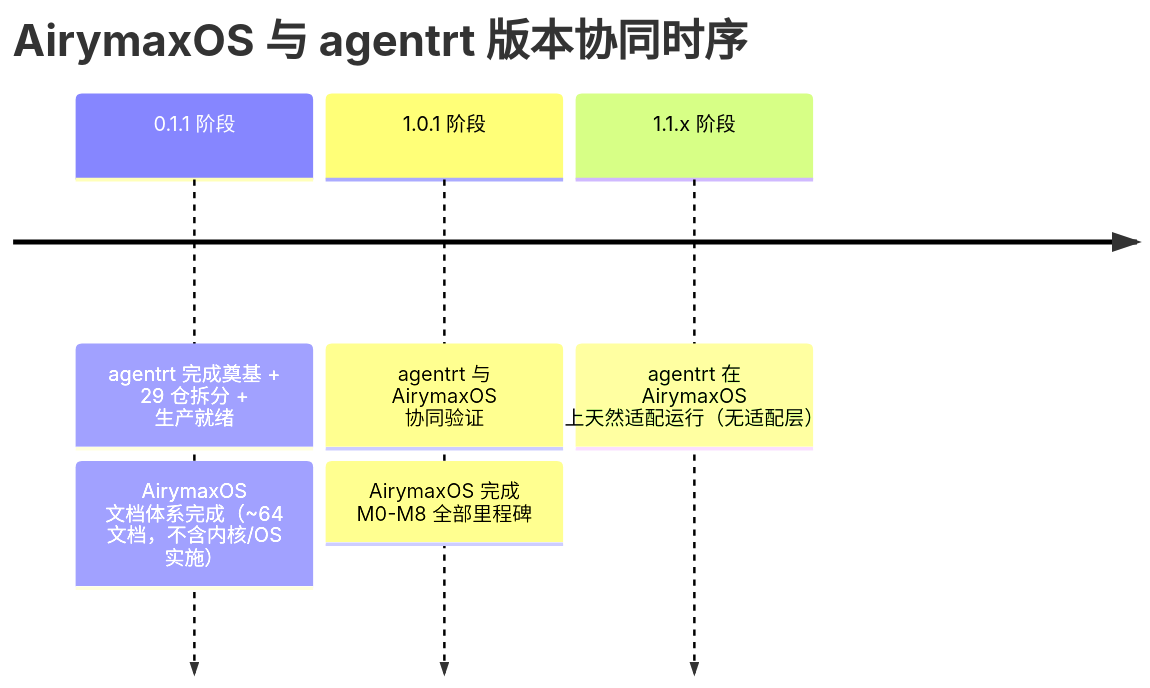
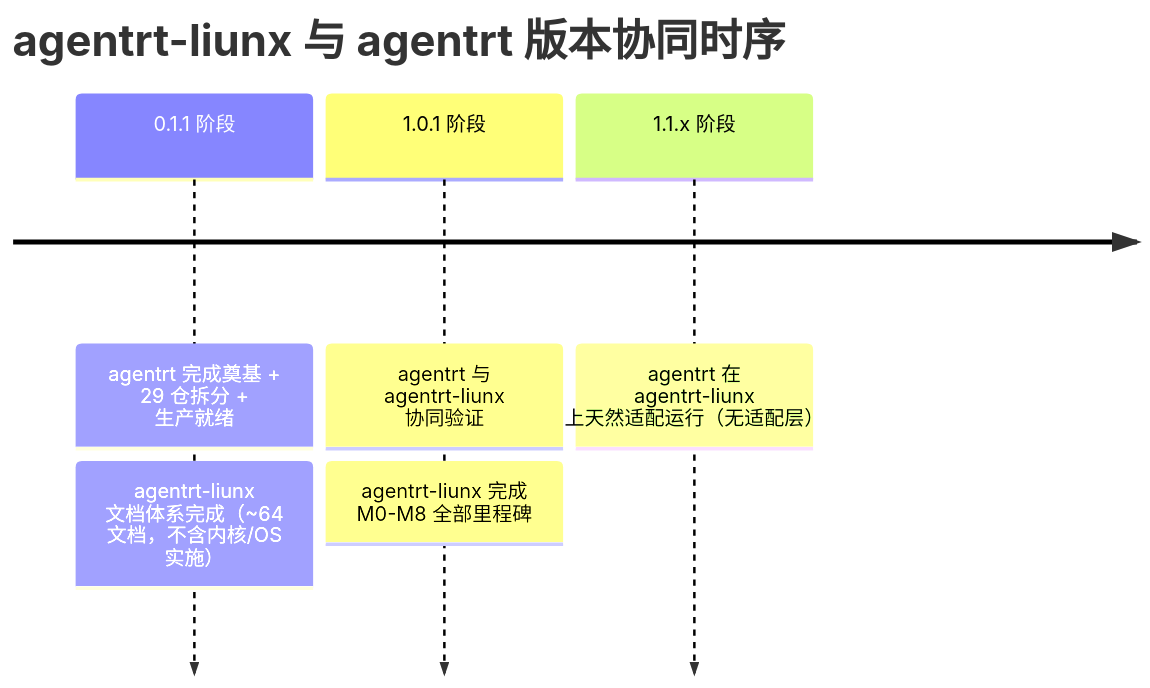
Before and after one commit to openairymax/docs: the second of 2 diagrams in AirymaxAgentOS/130-roadmap/README.md, drawn with Mermaid. The commit also changed other lines of this file and 99 other files, not shown here.

````diff
--- a/AirymaxAgentOS/130-roadmap/README.md
+++ b/AirymaxAgentOS/130-roadmap/README.md
@@ -245,9 +245,9 @@
 ```mermaid
 timeline
-    title AirymaxOS 与 agentrt 版本协同时序
+    title agentrt-liunx 与 agentrt 版本协同时序
     0.1.1 阶段 : agentrt 完成奠基 + 29 仓拆分 + 生产就绪
-              : AirymaxOS 文档体系完成（~64 文档，不含内核/OS 实施）
-    1.0.1 阶段 : agentrt 与 AirymaxOS 协同验证
-              : AirymaxOS 完成 M0-M8 全部里程碑
-    1.1.x 阶段 : agentrt 在 AirymaxOS 上天然适配运行（无适配层）
+              : agentrt-liunx 文档体系完成（~64 文档，不含内核/OS 实施）
+    1.0.1 阶段 : agentrt 与 agentrt-liunx 协同验证
+              : agentrt-liunx 完成 M0-M8 全部里程碑
+    1.1.x 阶段 : agentrt 在 agentrt-liunx 上天然适配运行（无适配层）
 ```
````
